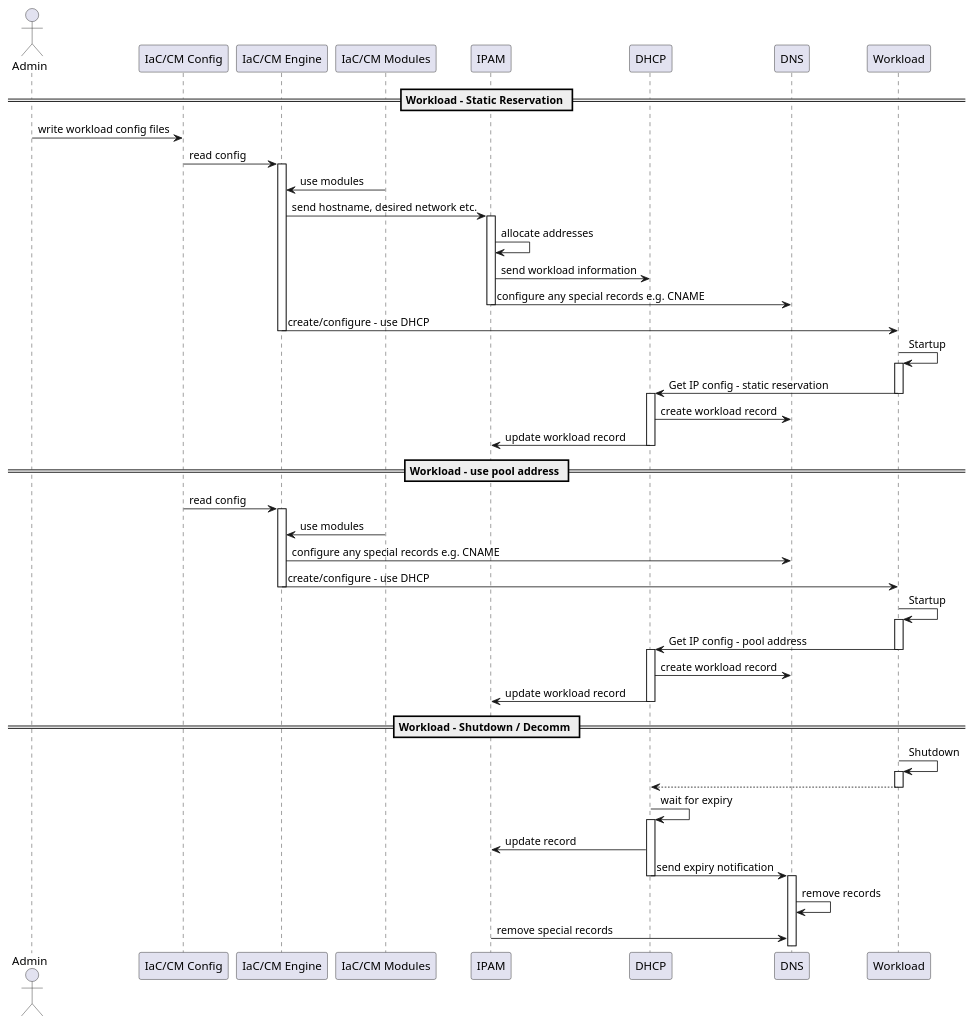
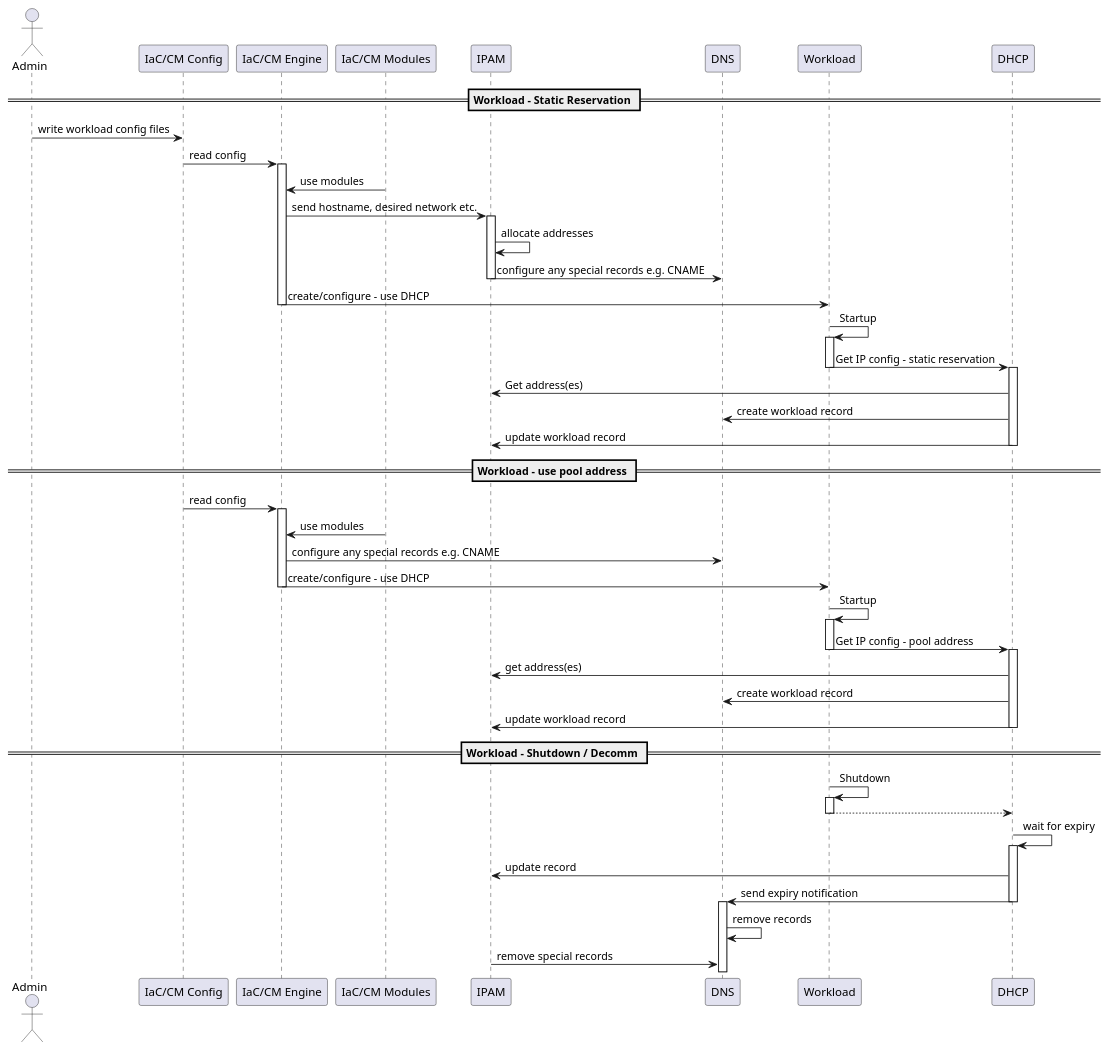
Before and after one commit to wshedd01-kiwibank/Architecture: the diagram in Network/IPAM-Target-State-Flows.puml, drawn with PlantUML. The commit also changed 2 other files, not shown here.

```diff
--- a/Network/IPAM-Target-State-Flows.puml
+++ b/Network/IPAM-Target-State-Flows.puml
@@ -1,36 +1,37 @@
 @startuml
 actor Admin
 == Workload - Static Reservation ==
 Admin -> "IaC/CM Config" : write workload config files
 "IaC/CM Config" -> "IaC/CM Engine" ++ : read config
 "IaC/CM Modules" -> "IaC/CM Engine" : use modules
 "IaC/CM Engine" -> IPAM ++ : send hostname, desired network etc.
 IPAM -> IPAM : allocate addresses
-IPAM -> DHCP : send workload information
 IPAM -> DNS -- : configure any special records e.g. CNAME
 "IaC/CM Engine" -> Workload -- : create/configure - use DHCP
 Workload -> Workload ++ : Startup
 DHCP <- Workload --++ : Get IP config - static reservation
+DHCP -> IPAM : Get address(es)
 DHCP -> DNS : create workload record
 DHCP -> IPAM -- : update workload record
 
 == Workload - use pool address ==
 "IaC/CM Config" -> "IaC/CM Engine" ++ : read config
 "IaC/CM Modules" -> "IaC/CM Engine" : use modules
 "IaC/CM Engine" -> DNS : configure any special records e.g. CNAME
 "IaC/CM Engine" -> Workload -- : create/configure - use DHCP
 Workload -> Workload ++ : Startup
 DHCP <- Workload --++ : Get IP config - pool address
+DHCP -> IPAM : get address(es)
 DHCP -> DNS : create workload record
 DHCP -> IPAM -- : update workload record
 
 == Workload - Shutdown / Decomm ==
 Workload -> Workload ++ : Shutdown
 Workload --> DHCP --
 DHCP -> DHCP ++: wait for expiry
 DHCP -> IPAM: update record
 DHCP -> DNS --++ : send expiry notification
 DNS -> DNS : remove records
 IPAM -> DNS --: remove special records
 
 @enduml
```
